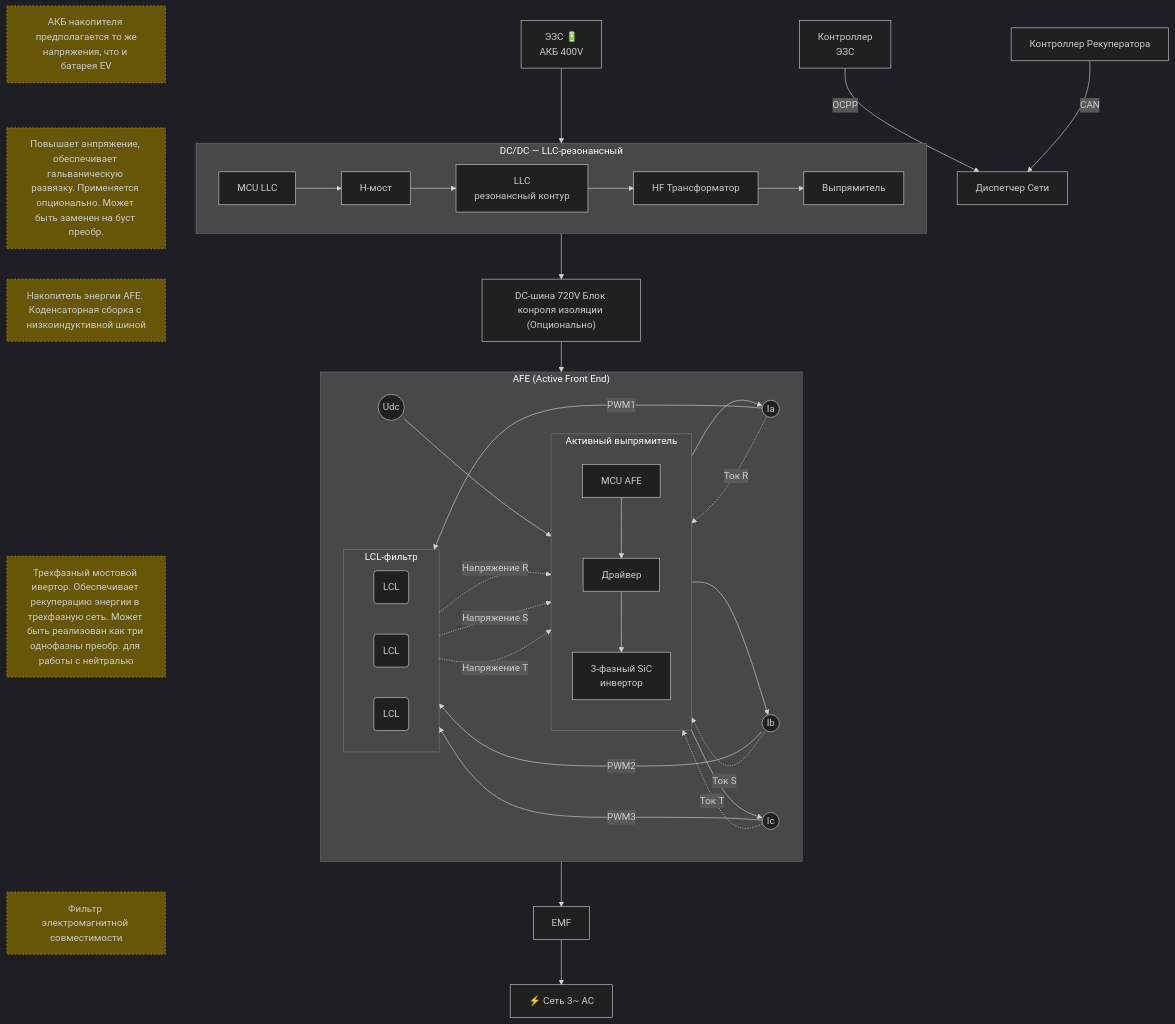
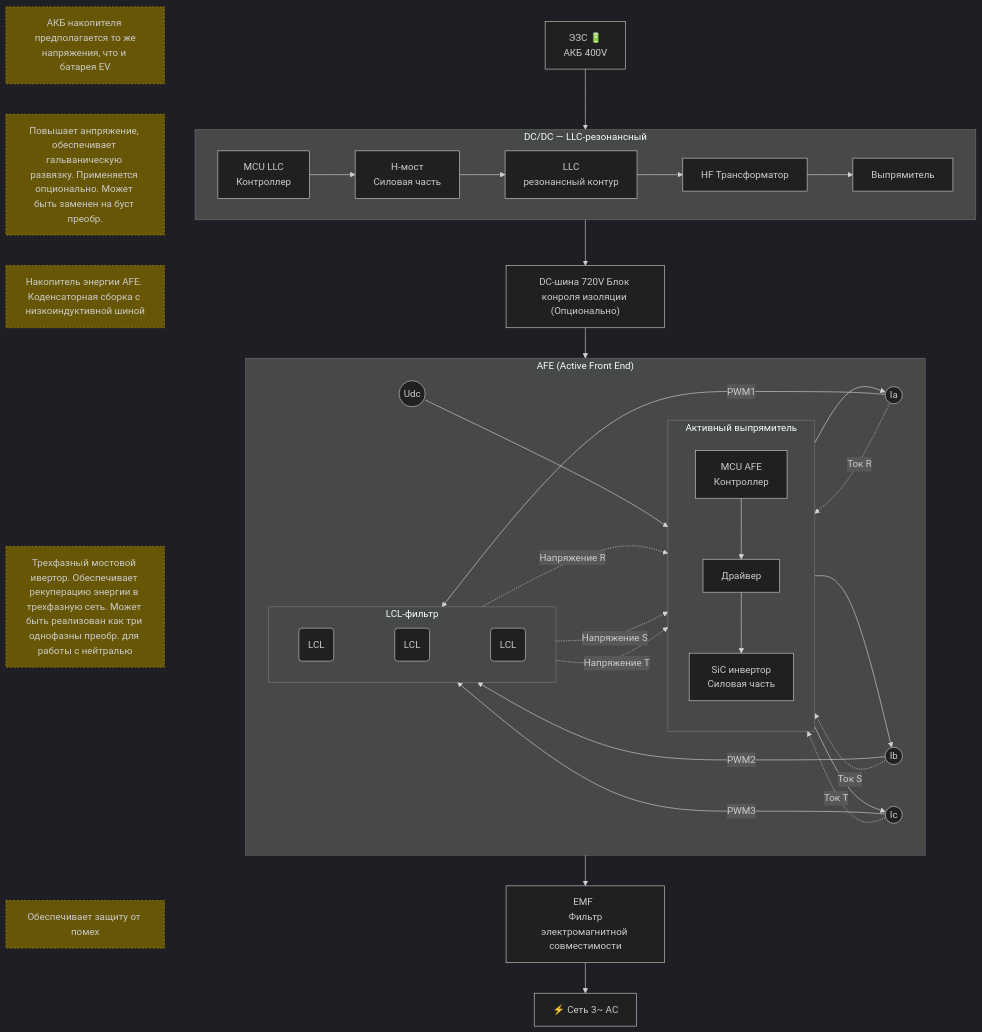
The first of 2 diagrams in recu.md (SergeyTya/wiki), drawn with Mermaid before and after one commit. The commit also changed other lines of this file, not shown here.

````diff
--- a/recu.md
+++ b/recu.md
@@ -9,7 +9,7 @@
     N2["Повышает анпряжение, обеспечивает гальваническую развязку. Применяется опционально. Может быть заменен на буст преобр. "] 
     N3["Накопитель энергии AFE. Коденсаторная сборка с низкоиндуктивной шиной"]
     N4["Трехфазный мостовой ивертор. Обеспечивает рекуперацию энергии в трехфазную сеть. Может быть реализован как три однофазны преобр. для работы с нейтралью"]
-    N5["Фильтр электромагнитной совместимости"]
+    N5["Обеспечивает защиту от помех"]
     
     N1~~~N2~~~N3~~~N4~~~N5
 
@@ -17,9 +17,9 @@
     BAT[" ЭЗС 🔋 <br/> АКБ 400V"] --> LLC
       
     subgraph LLC["DC/DC — LLC-резонансный"]
-        MCU_LLC["MCU LLC"]-->HB
+        MCU_LLC["MCU LLC<br/> Контроллер"]-->HB
         direction LR
-        HB["H-мост"] --> LR["LLC<br/>резонансный контур"]
+        HB["H-мост<br/> Силовая часть"] --> LR["LLC<br/>резонансный контур"]
          --> TR["HF Трансформатор"]
         TR --> RECT["Выпрямитель"]
     end
@@ -50,22 +50,20 @@
 
     subgraph INV["Активный выпрямитель"]
         direction TB
-        MCU_INV["MCU AFE"] -->
+        MCU_INV["MCU AFE <br/> Контроллер"] -->
         DR["Драйвер"] -->
-        BR["3-фазный SiC<br/>инвертор"]
+        BR["SiC инвертор <br/> Силовая часть"]
  
     end
 
     subgraph LCL["LCL-фильтр"]
         direction LR
-        LF_R("LCL")   
-        LF_S("LCL") 
-        LF_T("LCL")
+        LF_R("LCL")~~~LF_S("LCL")~~~LF_T("LCL")
     end
 
    
 
-    AFE --> EMF--> GRID["⚡ Сеть 3~ AC<br/>"]
+    AFE --> EMF["EMF  <br/> Фильтр электромагнитной совместимости"]--> GRID["⚡ Сеть 3~ AC<br/>"]
 
     classDef note fill: #665605 ,stroke:#b7950b,stroke-dasharray: 3 3;
     class N1 note;
@@ -75,11 +73,5 @@
     class N5 note;
 
 
-    MCU2["Диспетчер Сети"]
-    MCU1["Контроллер <br/>  ЭЗС"]
-    MCU3["Контроллер Рекуператора"]
 
-
-    MCU1-->|"OCPP"|MCU2
-    MCU3-->|"CAN "|MCU2
 ```
````
